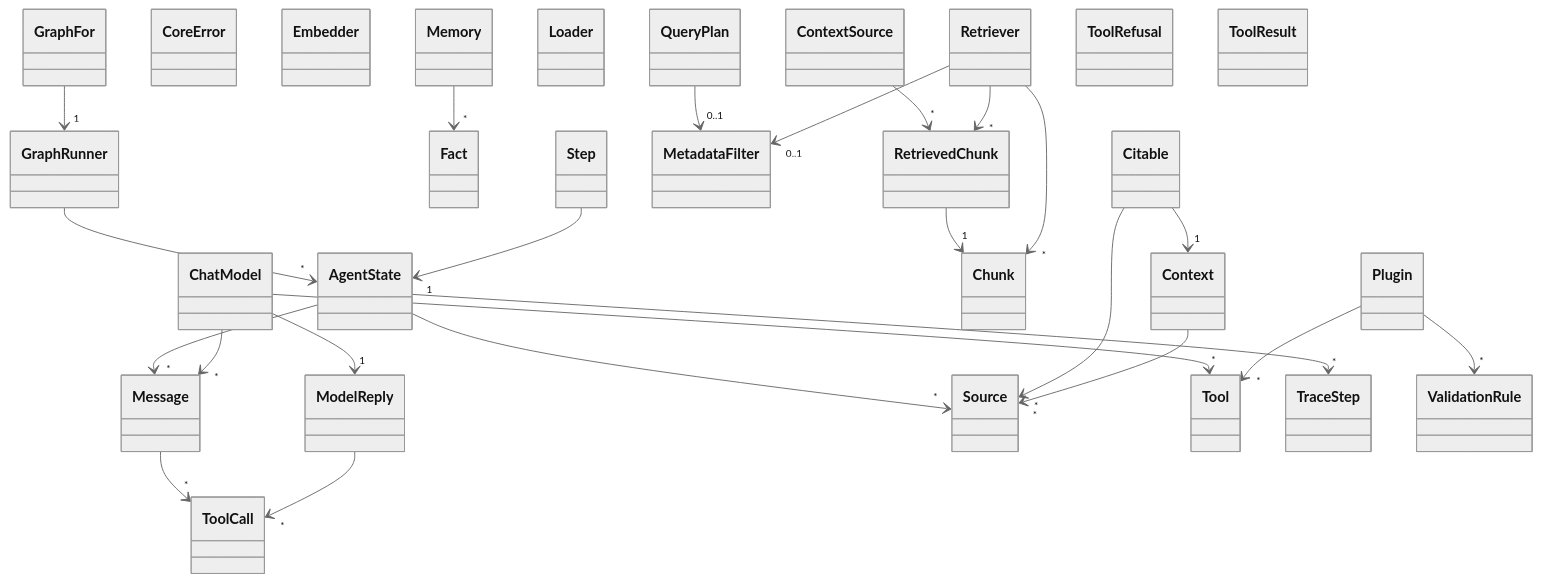
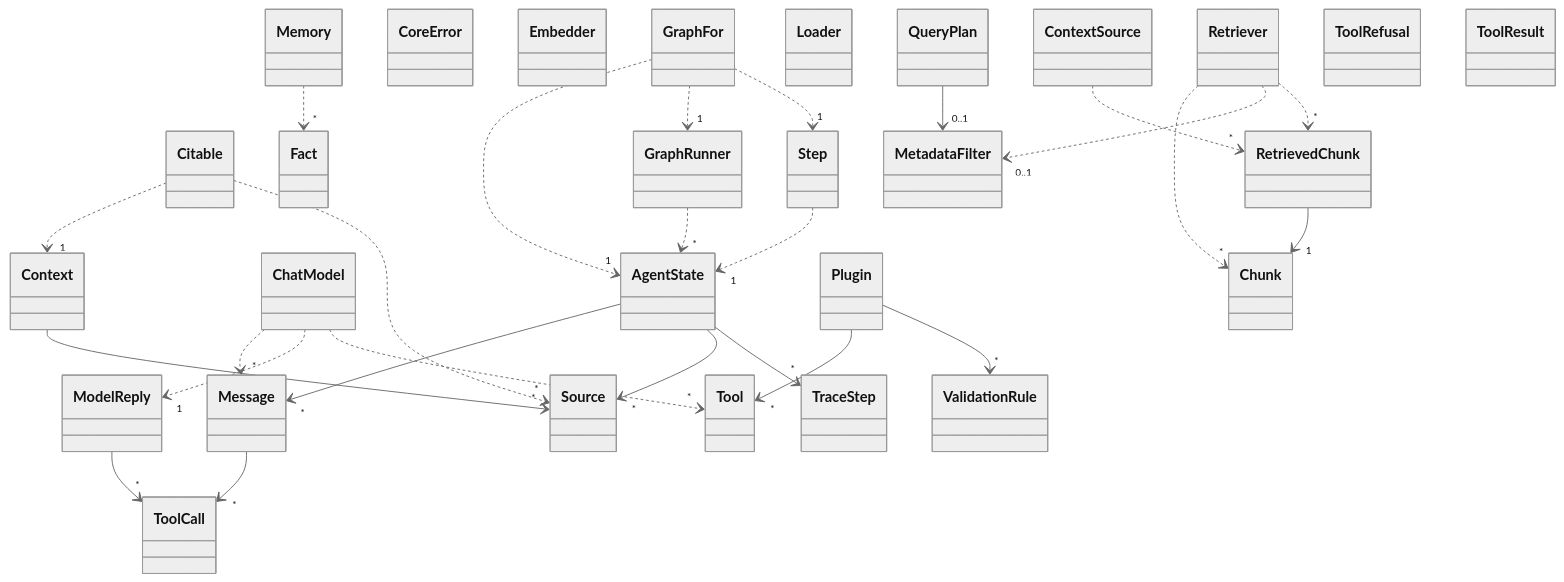
One commit to aschog/cora changed the diagram in packages/api/diagrams.md. Above: the diagram before and after it, drawn with Mermaid (neutral theme). The commit also changed 4 other files, not shown here.

````diff
--- a/packages/api/diagrams.md
+++ b/packages/api/diagrams.md
@@ -5,54 +5,56 @@
 ```mermaid
 classDiagram
   class AgentState
   class ChatModel
   class Chunk
   class Citable
   class Context
   class ContextSource
   class CoreError
   class Embedder
   class Fact
   class GraphFor
   class GraphRunner
   class Loader
   class Memory
   class Message
   class MetadataFilter
   class ModelReply
   class Plugin
   class QueryPlan
   class RetrievedChunk
   class Retriever
   class Source
   class Step
   class Tool
   class ToolCall
   class ToolRefusal
   class ToolResult
   class TraceStep
   class ValidationRule
   AgentState --> "*" Message
   AgentState --> "*" Source
   AgentState --> "*" TraceStep
-  ChatModel --> "*" Message
-  ChatModel --> "1" ModelReply
-  ChatModel --> "*" Tool
-  Citable --> "1" Context
-  Citable --> "*" Source
+  ChatModel ..> "*" Message
+  ChatModel ..> "1" ModelReply
+  ChatModel ..> "*" Tool
+  Citable ..> "1" Context
+  Citable ..> "*" Source
   Context --> "*" Source
-  ContextSource --> "*" RetrievedChunk
-  GraphFor --> "1" GraphRunner
-  GraphRunner --> "*" AgentState
-  Memory --> "*" Fact
+  ContextSource ..> "*" RetrievedChunk
+  GraphFor ..> "1" AgentState
+  GraphFor ..> "1" GraphRunner
+  GraphFor ..> "1" Step
+  GraphRunner ..> "*" AgentState
+  Memory ..> "*" Fact
   Message --> "*" ToolCall
   ModelReply --> "*" ToolCall
   Plugin --> "*" Tool
   Plugin --> "*" ValidationRule
   QueryPlan --> "0..1" MetadataFilter
   RetrievedChunk --> "1" Chunk
-  Retriever --> "*" Chunk
-  Retriever --> "0..1" MetadataFilter
-  Retriever --> "*" RetrievedChunk
-  Step --> "1" AgentState
+  Retriever ..> "*" Chunk
+  Retriever ..> "0..1" MetadataFilter
+  Retriever ..> "*" RetrievedChunk
+  Step ..> "1" AgentState
 ```
````
